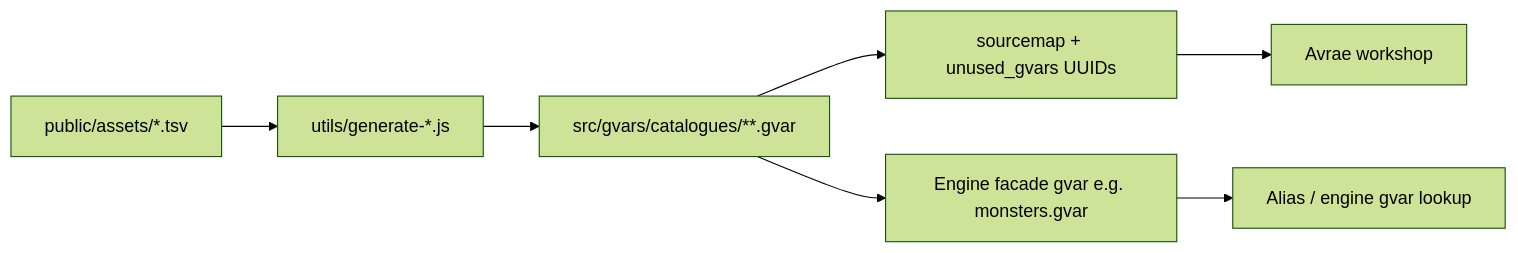
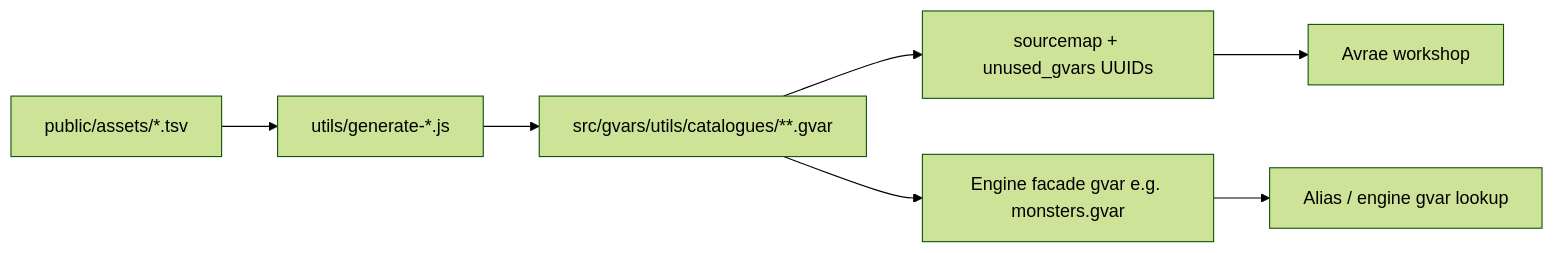
One commit to Sykander/westmarch-generic changed the diagram in docs/internal/projects/westmarch-statement/content-pipeline.md. Above: the diagram before and after it, drawn with Mermaid (forest theme). The commit also changed other lines of this file and 182 other files, not shown here.

````diff
--- a/docs/internal/projects/westmarch-statement/content-pipeline.md
+++ b/docs/internal/projects/westmarch-statement/content-pipeline.md
@@ -25,13 +25,13 @@
 ```mermaid
 flowchart LR
   TSV["public/assets/*.tsv"]
   GEN["utils/generate-*.js"]
-  SHARD["src/gvars/catalogues/**.gvar"]
+  SHARD["src/gvars/utils/catalogues/**.gvar"]
   SM["sourcemap + unused_gvars UUIDs"]
   WS["Avrae workshop"]
   FACADE["Engine facade gvar e.g. monsters.gvar"]
   ALIAS["Alias / engine gvar lookup"]
 
   TSV --> GEN --> SHARD --> SM --> WS
   SHARD --> FACADE --> ALIAS
 ```
````
